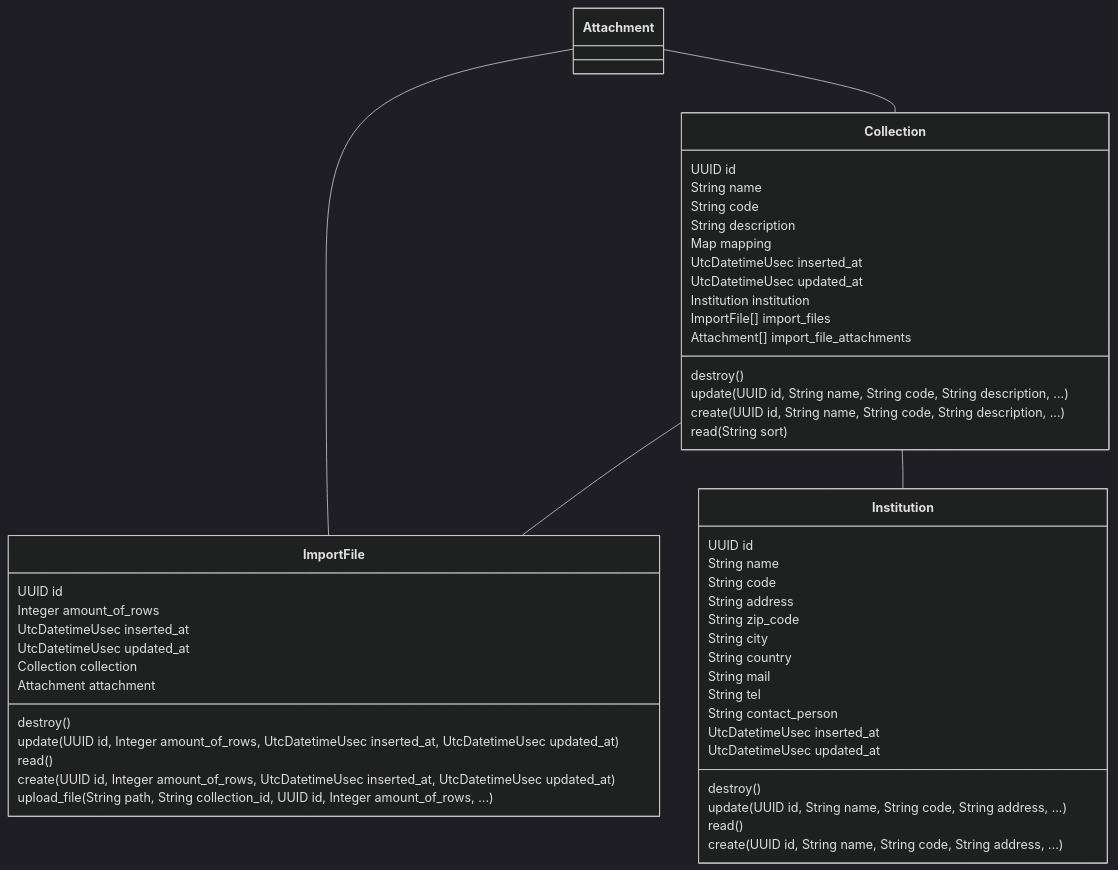
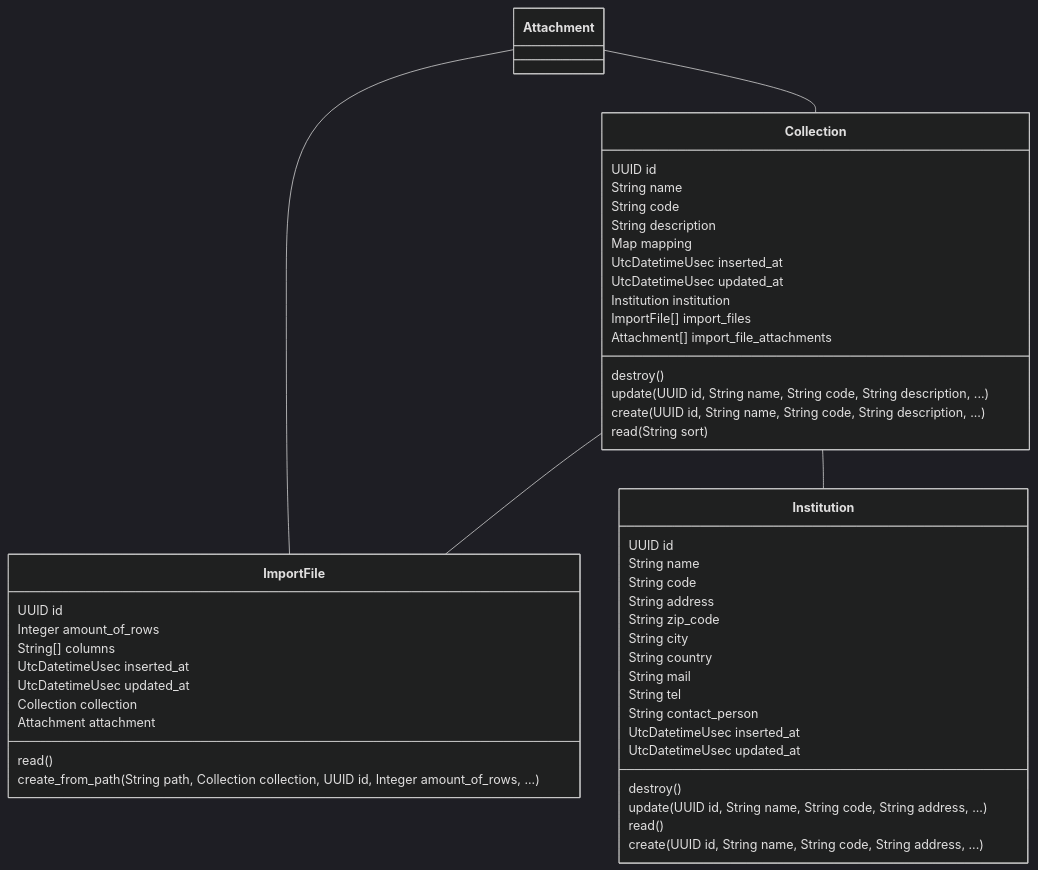
One commit to zebbra/data_aggregator changed the diagram in lib/data_aggregator/platform/platform-mermaid-class-diagram.md. Above: the diagram before and after it, drawn with Mermaid (dark theme). The commit also changed 16 other files, not shown here.

````diff
--- a/lib/data_aggregator/platform/platform-mermaid-class-diagram.md
+++ b/lib/data_aggregator/platform/platform-mermaid-class-diagram.md
@@ -1,56 +1,54 @@
 ```mermaid
 classDiagram
     class Institution {
         UUID id
         String name
         String code
         String address
         String zip_code
         String city
         String country
         String mail
         String tel
         String contact_person
         UtcDatetimeUsec inserted_at
         UtcDatetimeUsec updated_at
         destroy()
         update(UUID id, String name, String code, String address, ...)
         read()
         create(UUID id, String name, String code, String address, ...)
     }
     class Collection {
         UUID id
         String name
         String code
         String description
         Map mapping
         UtcDatetimeUsec inserted_at
         UtcDatetimeUsec updated_at
         Institution institution
         ImportFile[] import_files
         Attachment[] import_file_attachments
         destroy()
         update(UUID id, String name, String code, String description, ...)
         create(UUID id, String name, String code, String description, ...)
         read(String sort)
     }
     class ImportFile {
         UUID id
         Integer amount_of_rows
+        String[] columns
         UtcDatetimeUsec inserted_at
         UtcDatetimeUsec updated_at
         Collection collection
         Attachment attachment
-        destroy()
-        update(UUID id, Integer amount_of_rows, UtcDatetimeUsec inserted_at, UtcDatetimeUsec updated_at)
         read()
-        create(UUID id, Integer amount_of_rows, UtcDatetimeUsec inserted_at, UtcDatetimeUsec updated_at)
-        upload_file(String path, String collection_id, UUID id, Integer amount_of_rows, ...)
+        create_from_path(String path, Collection collection, UUID id, Integer amount_of_rows, ...)
     }
 
     Attachment -- Collection
     Attachment -- ImportFile
     Collection -- ImportFile
     Collection -- Institution
 
 ```
````
